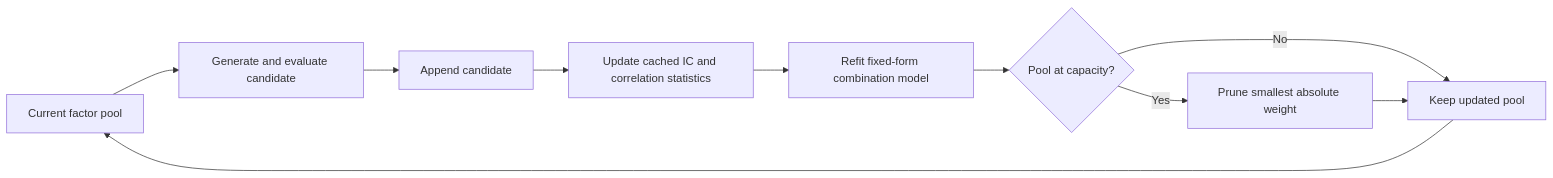
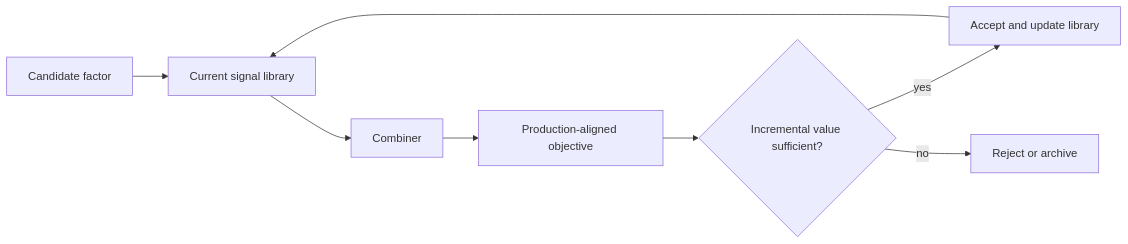
One commit to tamaghnaroy/blog changed the diagram in _posts/2026-09-01-synergistic-vs-isolated-alpha-mining.md. Above: the diagram before and after it, drawn with Mermaid. The commit also changed other lines of this file and 1 other file, not shown here.

Commit message:
feat: add marginal alpha value infographic

````diff
--- a/_posts/2026-09-01-synergistic-vs-isolated-alpha-mining.md
+++ b/_posts/2026-09-01-synergistic-vs-isolated-alpha-mining.md
@@ -30,12 +55,10 @@
 ```mermaid
 flowchart LR
-    A[Current factor pool] --> B[Generate and evaluate candidate]
-    B --> C[Append candidate]
-    C --> D[Update cached IC and correlation statistics]
-    D --> E[Refit fixed-form combination model]
-    E --> F{Pool at capacity?}
-    F -->|No| G[Keep updated pool]
-    F -->|Yes| H[Prune smallest absolute weight]
-    H --> G
-    G --> A
+    A[Candidate factor] --> B[Current signal library]
+    B --> C[Combiner]
+    C --> D[Production-aligned objective]
+    D --> E{Incremental value sufficient?}
+    E -->|yes| F[Accept and update library]
+    E -->|no| G[Reject or archive]
+    F --> B
 ```
````
